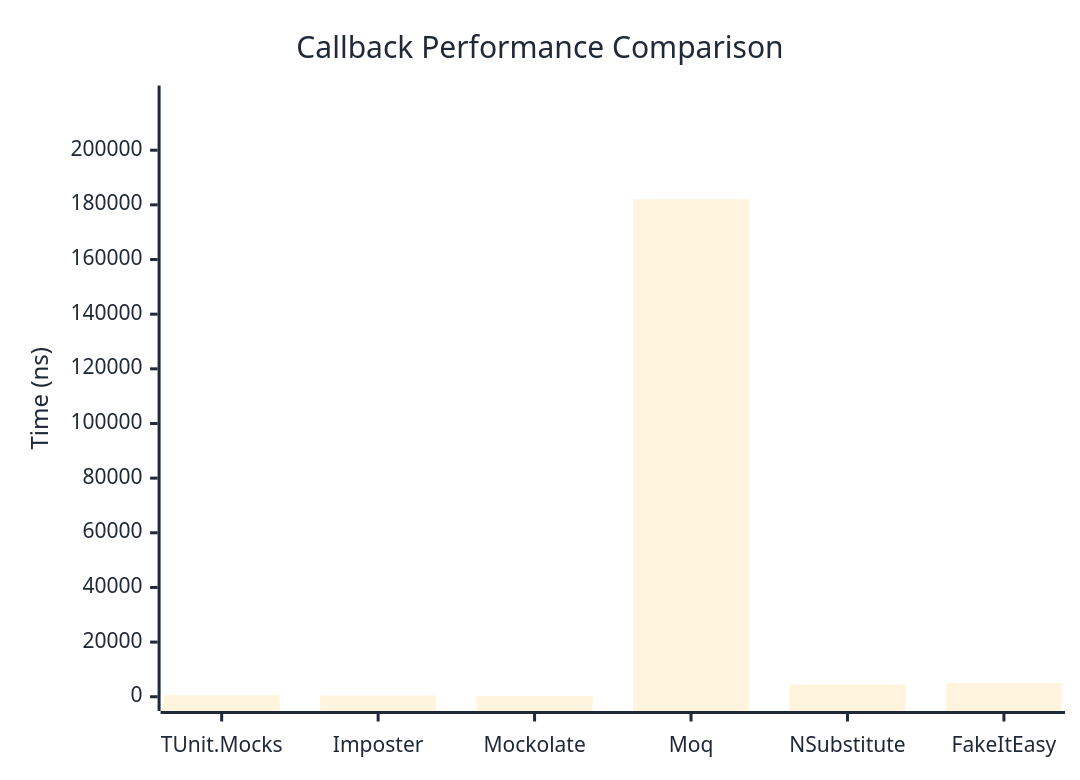
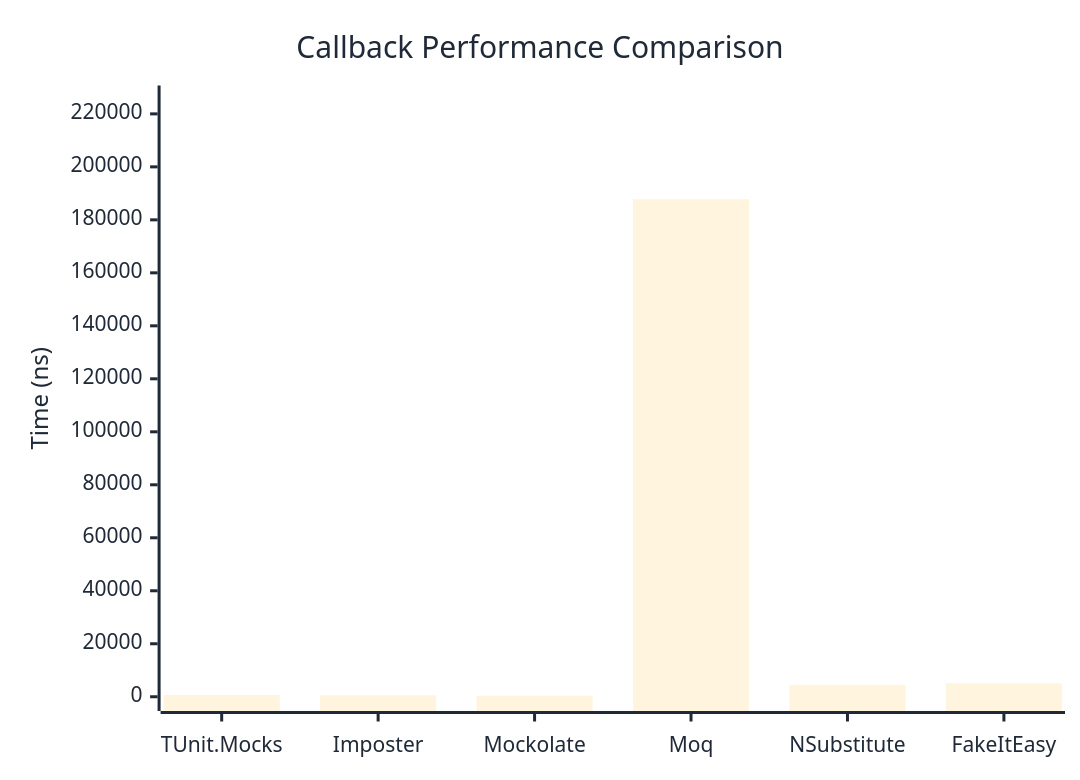
The first of 2 diagrams in docs/docs/benchmarks/mocks/Callback.md (thomhurst/TUnit), drawn with Mermaid before and after one commit. The commit also changed other lines of this file and 14 other files, not shown here.

````diff
--- a/docs/docs/benchmarks/mocks/Callback.md
+++ b/docs/docs/benchmarks/mocks/Callback.md
@@ -28,27 +28,27 @@
 ```mermaid
 %%{init: {
   'theme':'base',
   'themeVariables': {
     'primaryColor': '#2563eb',
     'primaryTextColor': '#1f2937',
     'primaryBorderColor': '#1e40af',
     'lineColor': '#6b7280',
     'secondaryColor': '#7c3aed',
     'tertiaryColor': '#dc2626',
     'background': '#ffffff',
     'pie1': '#2563eb',
     'pie2': '#7c3aed',
     'pie3': '#dc2626',
     'pie4': '#f59e0b',
     'pie5': '#10b981',
     'pie6': '#06b6d4',
     'pie7': '#ec4899',
     'pie8': '#6366f1'
   }
 }}%%
 xychart-beta
   title "Callback Performance Comparison"
   x-axis ["TUnit.Mocks", "Imposter", "Mockolate", "Moq", "NSubstitute", "FakeItEasy"]
-  y-axis "Time (ns)" 0 --> 218463
-  bar [605, 488.9, 356.9, 182052, 4457.5, 5020.6]
+  y-axis "Time (ns)" 0 --> 225331
+  bar [649.9, 508.6, 385.2, 187775.6, 4524.5, 5115.9]
 ```
````
